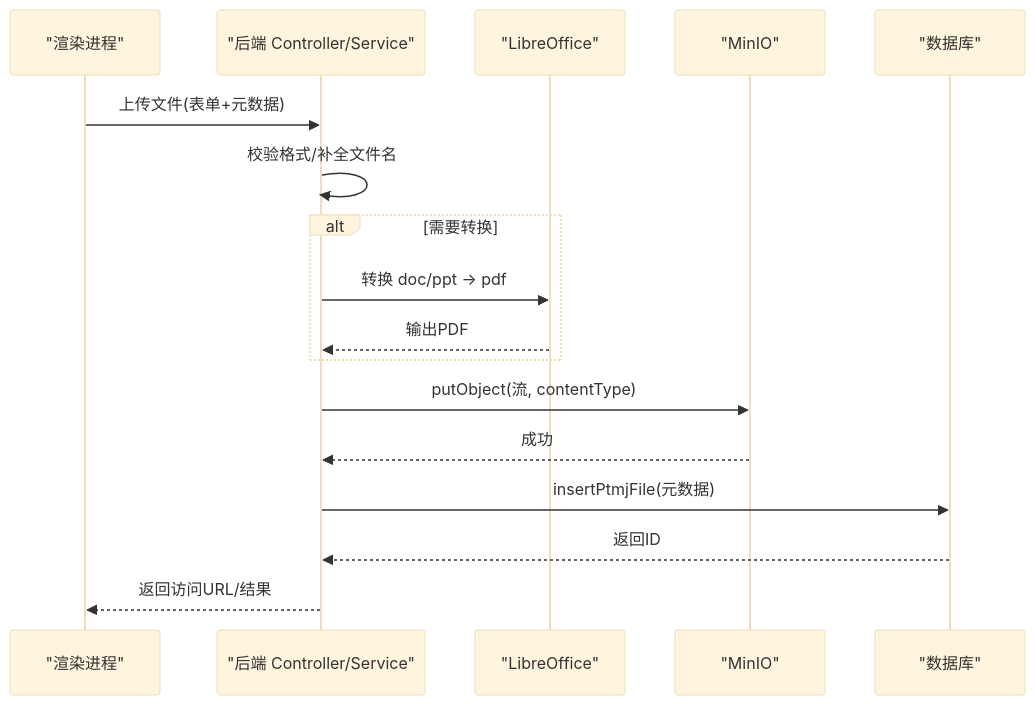
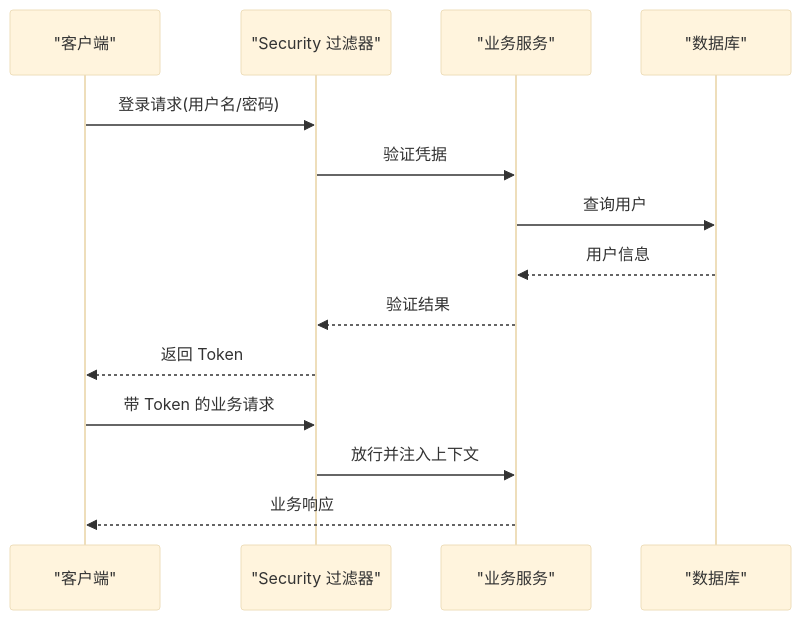
Before and after one commit to PezMax/PezMax-One: the fifth of 7 diagrams in repowiki/zh/content/系统架构设计/整体架构概览.md, drawn with Mermaid (base theme). The commit also changed other lines of this file and 12 other files, not shown here.

````diff
--- a/repowiki/zh/content/系统架构设计/整体架构概览.md
+++ b/repowiki/zh/content/系统架构设计/整体架构概览.md
@@ -282,19 +201,16 @@
 ```mermaid
 sequenceDiagram
-participant R as "渲染进程"
-participant S as "后端 Controller/Service"
-participant O as "LibreOffice"
-participant M as "MinIO"
-participant D as "数据库"
-R->>S : 上传文件(表单+元数据)
-S->>S : 校验格式/补全文件名
-alt 需要转换
-S->>O : 转换 doc/ppt -> pdf
-O-->>S : 输出PDF
-end
-S->>M : putObject(流, contentType)
-M-->>S : 成功
-S->>D : insertPtmjFile(元数据)
-D-->>S : 返回ID
-S-->>R : 返回访问URL/结果
+participant C as "客户端"
+participant SEC as "Security 过滤器"
+participant SVC as "业务服务"
+participant DB as "数据库"
+C->>SEC : 登录请求(用户名/密码)
+SEC->>SVC : 验证凭据
+SVC->>DB : 查询用户
+DB-->>SVC : 用户信息
+SVC-->>SEC : 验证结果
+SEC-->>C : 返回 Token
+C->>SEC : 带 Token 的业务请求
+SEC->>SVC : 放行并注入上下文
+SVC-->>C : 业务响应
 ```
````
